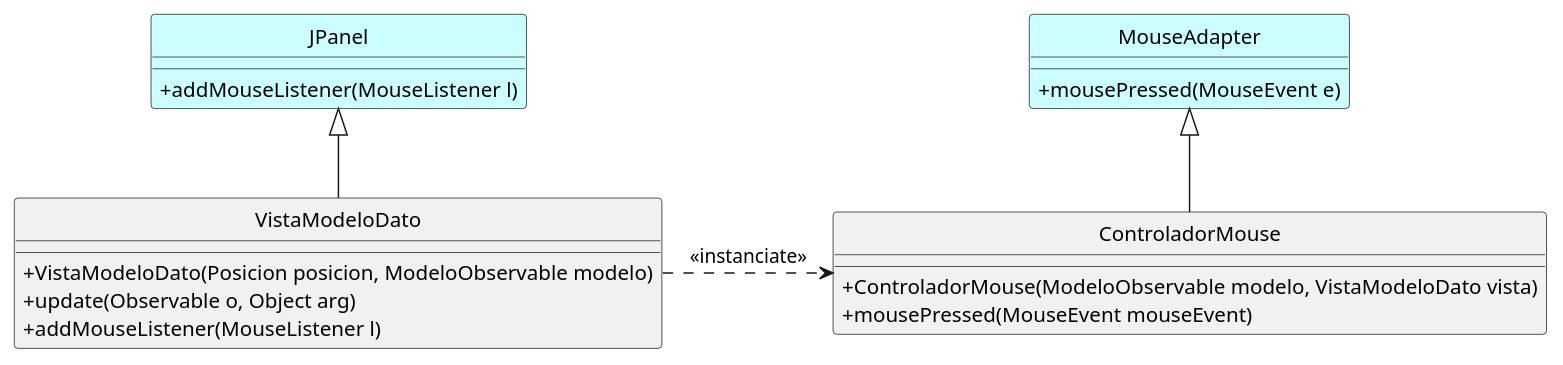
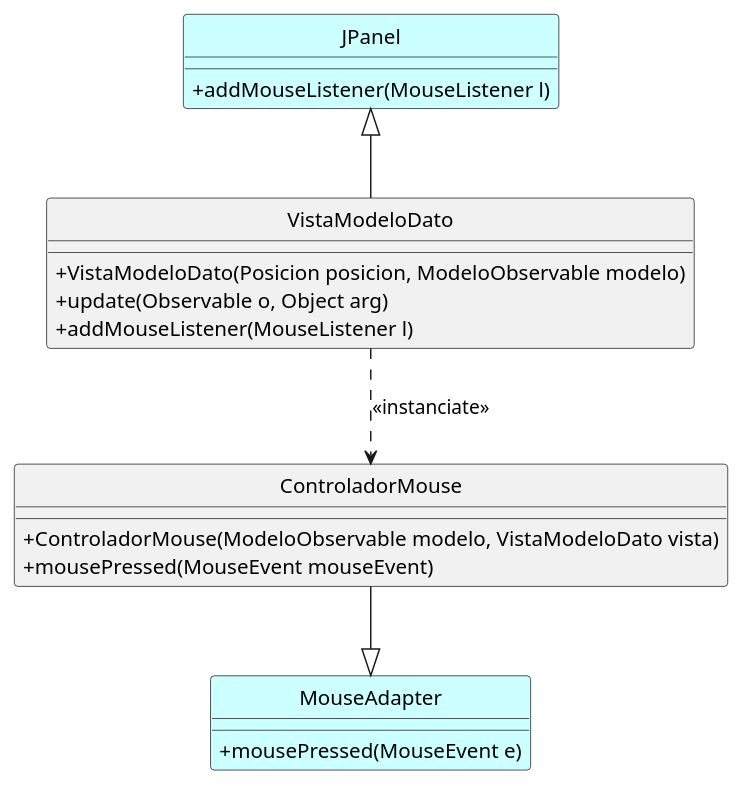
The diagram in diagrams/controller.plantuml (fiuba/algo3_ejemplo_mvc_colores), drawn with PlantUML before and after one commit. The commit also changed 21 other files, not shown here.

Commit message:
Actualización de diagramas y presentación.

```diff
--- a/diagrams/controller.plantuml
+++ b/diagrams/controller.plantuml
@@ -1,35 +1,35 @@
 @startuml
 hide circle
 skinparam classAttributeIconSize 0
 
 class JPanel {
         + addMouseListener(MouseListener l)
 }
 
 class VistaModeloDato {
     + VistaModeloDato(Posicion posicion, ModeloObservable modelo)
     + update(Observable o, Object arg)
     + addMouseListener(MouseListener l)
 }
 
 class MouseAdapter {
     + mousePressed(MouseEvent e)
 }
 
 
 class ControladorMouse {
     + ControladorMouse(ModeloObservable modelo, VistaModeloDato vista)
     + mousePressed(MouseEvent mouseEvent)
 }
 
 JPanel <|-- VistaModeloDato
 
-MouseAdapter <|-- ControladorMouse
+ControladorMouse --|> MouseAdapter
 
-VistaModeloDato .> ControladorMouse: "<<instanciate>>"
+VistaModeloDato ..> ControladorMouse: "<<instanciate>>"
 
 
 class JPanel #CCFFFF
 class MouseAdapter #CCFFFF
 
 @enduml
```
